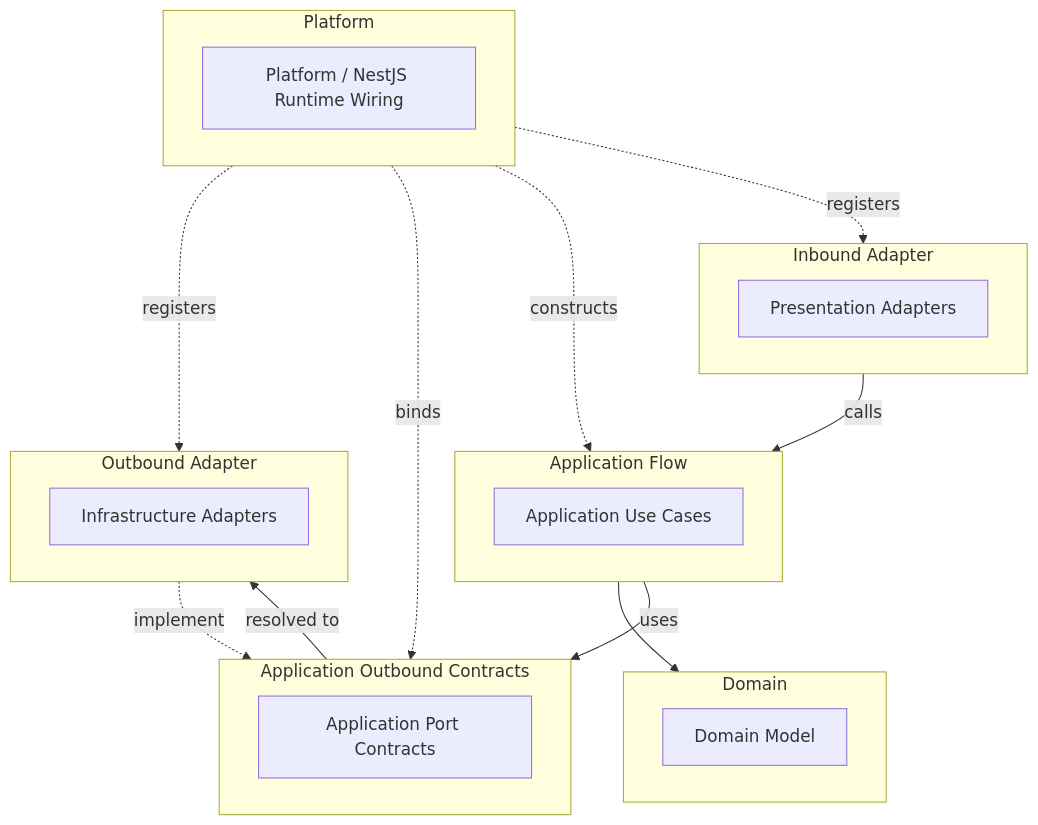
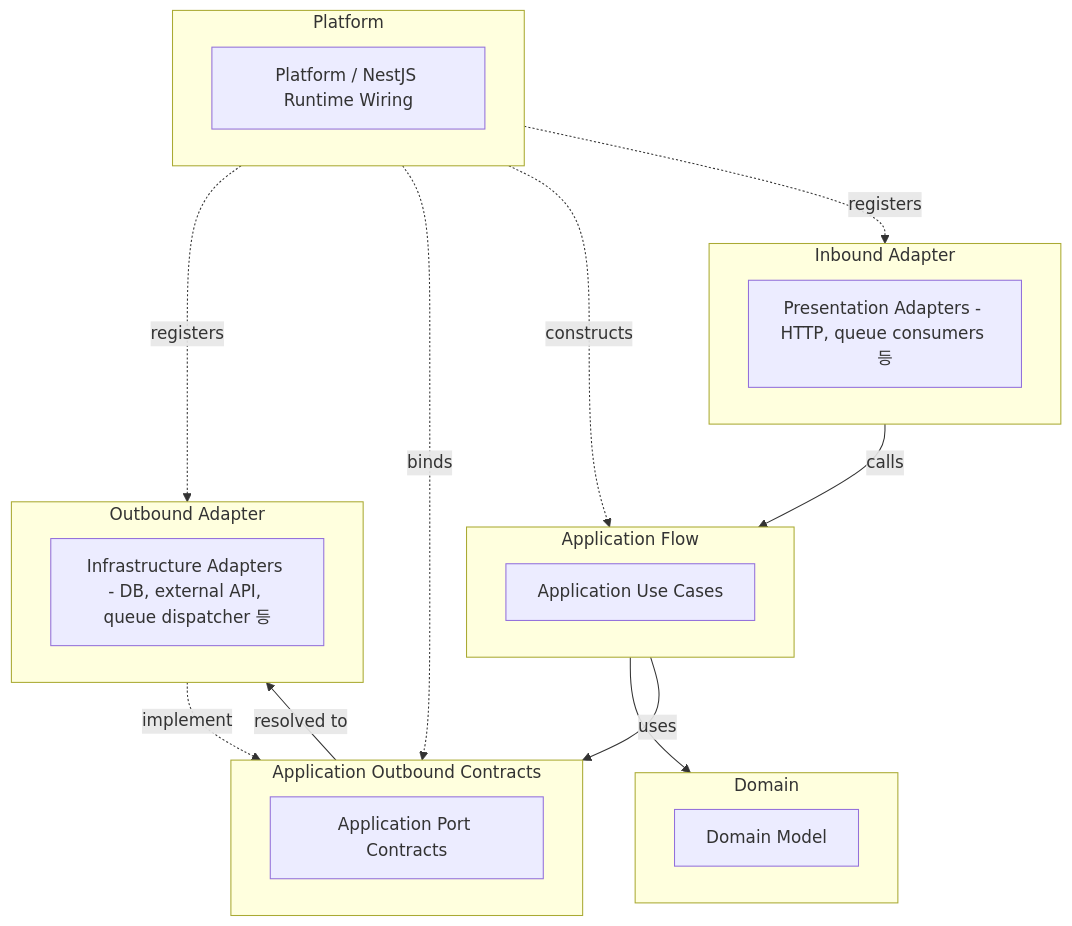
The diagram in apps/api/docs/ko/runtime-wiring.md (makeUgreat/sheska), drawn with Mermaid before and after one commit. The commit also changed 33 other files, not shown here.

First line of the commit message:
refactor(api): split ingestion queue boundaries

````diff
--- a/apps/api/docs/ko/runtime-wiring.md
+++ b/apps/api/docs/ko/runtime-wiring.md
@@ -32,43 +32,43 @@
 ```mermaid
 flowchart TB
   subgraph platform[Platform]
     direction LR
     platformNest[Platform / NestJS Runtime Wiring]
   end
 
   subgraph inboundRow[Inbound Adapter]
     direction LR
-    controllers[Presentation Adapters]
+    controllers[Presentation Adapters - HTTP, queue consumers 등]
   end
 
   subgraph usecaseRow[Application Flow]
     direction LR
     usecases[Application Use Cases]
   end
 
   subgraph contractRow[Application Outbound Contracts]
     direction LR
     ports[Application Port Contracts]
   end
 
   subgraph outboundRow[Outbound Adapter]
     direction LR
-    adapters[Infrastructure Adapters]
+    adapters[Infrastructure Adapters - DB, external API, queue dispatcher 등]
   end
 
   subgraph domainRow[Domain]
     direction LR
     domain[Domain Model]
   end
 
   platformNest -. registers .-> controllers
   platformNest -. constructs .-> usecases
   platformNest -. binds .-> ports
   platformNest -. registers .-> adapters
 
   controllers -->|calls| usecases
   usecases --> domain
   usecases -->|uses| ports
   ports -->|resolved to| adapters
   adapters -. implement .-> ports
 ```
````
